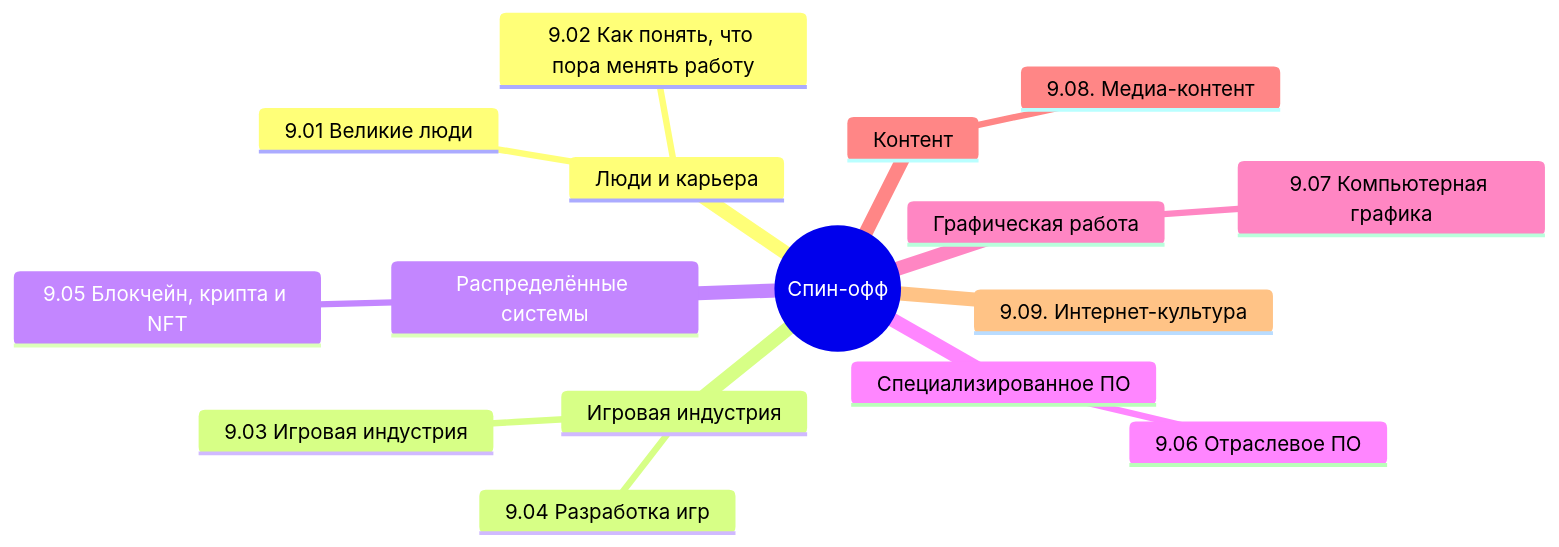
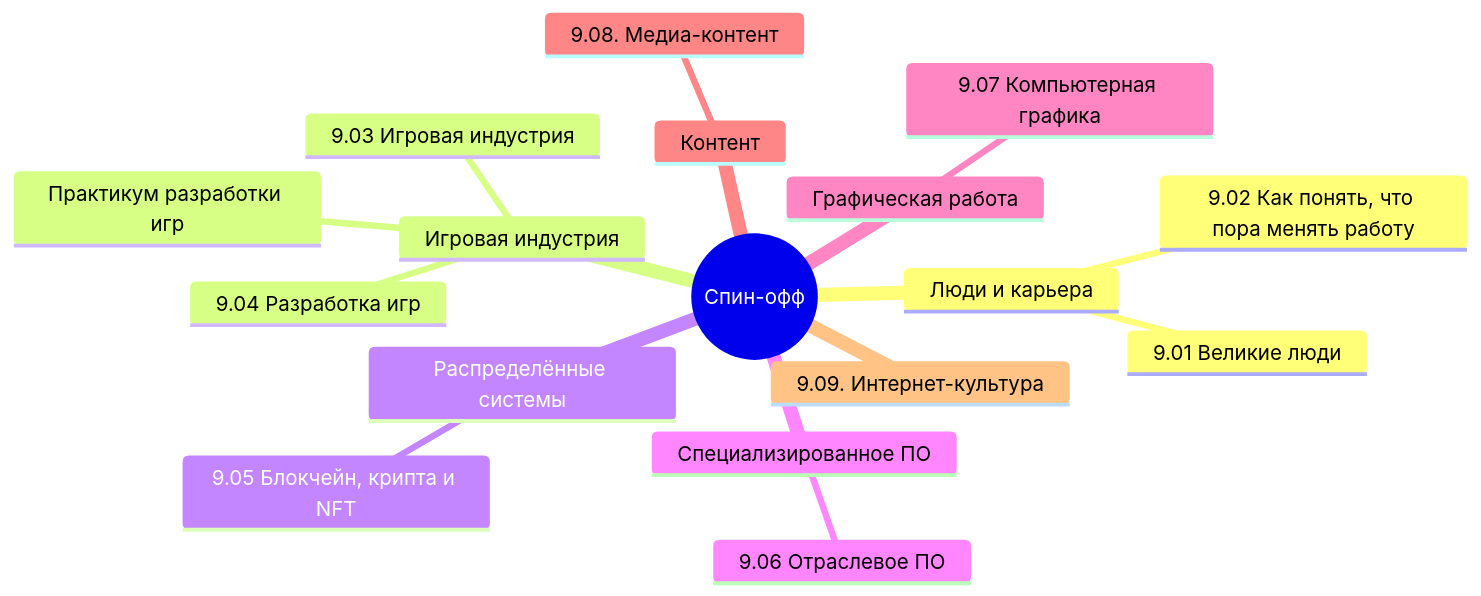
The diagram in docs/encyclopedia/9-spinoff/spinoff.md (Spirzen/it-knowledge-base), drawn with Mermaid before and after one commit. The commit also changed 67 other files, not shown here.

````diff
--- a/docs/encyclopedia/9-spinoff/spinoff.md
+++ b/docs/encyclopedia/9-spinoff/spinoff.md
@@ -25,19 +25,20 @@
 ```mermaid
 mindmap
   root((Спин-офф))
     Люди и карьера
       9.01 Великие люди
       9.02 Как понять, что пора менять работу
     Игровая индустрия
       9.03 Игровая индустрия
       9.04 Разработка игр
+      Практикум разработки игр
     Распределённые системы
       9.05 Блокчейн, крипта и NFT
     Специализированное ПО
       9.06 Отраслевое ПО
     Графическая работа
       9.07 Компьютерная графика
     Контент
       9.08. Медиа-контент
 	  9.09. Интернет-культура
 ```
````
